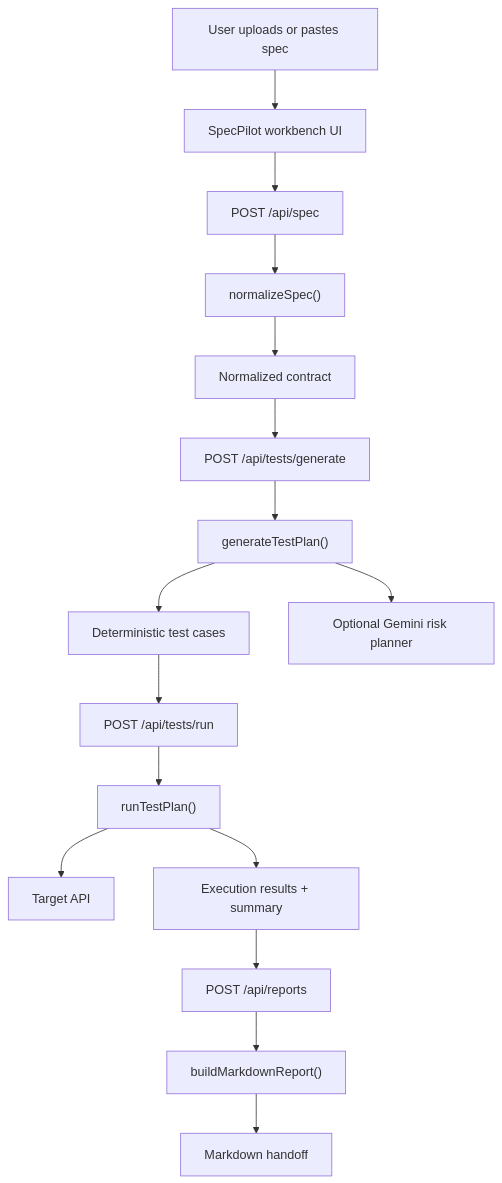
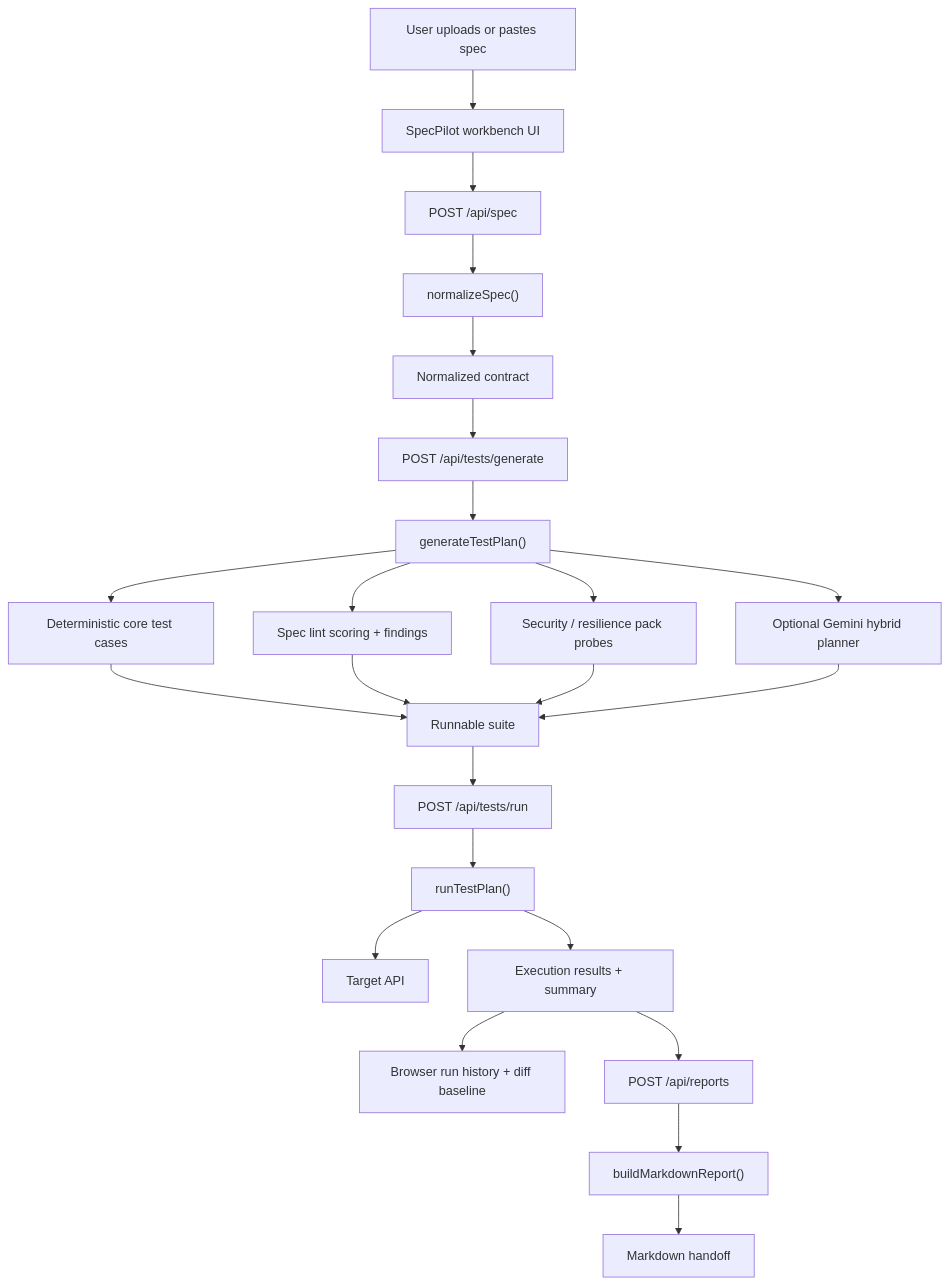
Before and after one commit to Adi1816/specpilot: the diagram in README.md, drawn with Mermaid. The commit also changed other lines of this file and 24 other files, not shown here.

````diff
--- a/README.md
+++ b/README.md
@@ -65,18 +81,25 @@
 ```mermaid
 flowchart TD
   A["User uploads or pastes spec"] --> B["SpecPilot workbench UI"]
   B --> C["POST /api/spec"]
   C --> D["normalizeSpec()"]
   D --> E["Normalized contract"]
   E --> F["POST /api/tests/generate"]
   F --> G["generateTestPlan()"]
-  G --> H["Deterministic test cases"]
-  G --> I["Optional Gemini risk planner"]
-  H --> J["POST /api/tests/run"]
-  J --> K["runTestPlan()"]
-  K --> L["Target API"]
-  K --> M["Execution results + summary"]
-  M --> N["POST /api/reports"]
-  N --> O["buildMarkdownReport()"]
-  O --> P["Markdown handoff"]
+  G --> H["Deterministic core test cases"]
+  G --> I["Spec lint scoring + findings"]
+  G --> J["Security / resilience pack probes"]
+  G --> K["Optional Gemini hybrid planner"]
+  H --> L["Runnable suite"]
+  I --> L
+  J --> L
+  K --> L
+  L --> M["POST /api/tests/run"]
+  M --> N["runTestPlan()"]
+  N --> O["Target API"]
+  N --> P["Execution results + summary"]
+  P --> Q["Browser run history + diff baseline"]
+  P --> R["POST /api/reports"]
+  R --> S["buildMarkdownReport()"]
+  S --> T["Markdown handoff"]
 ```
````
